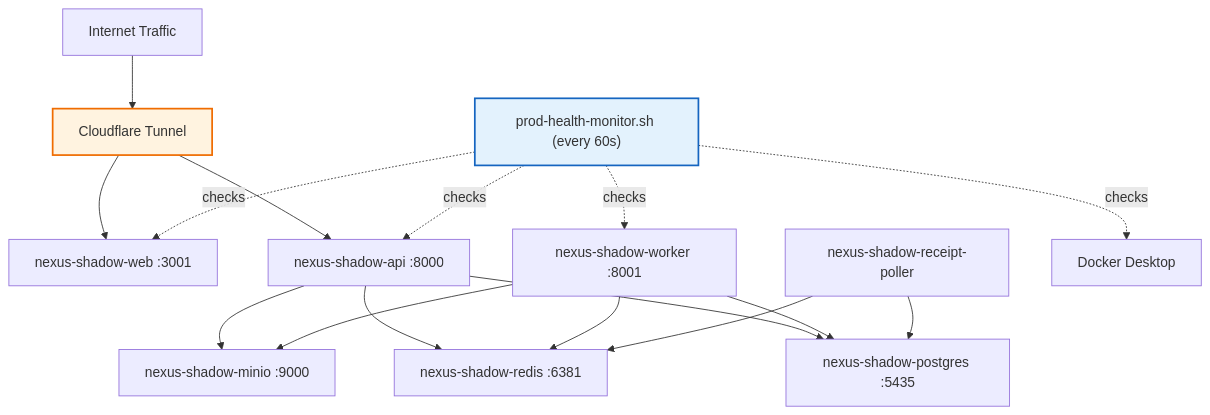
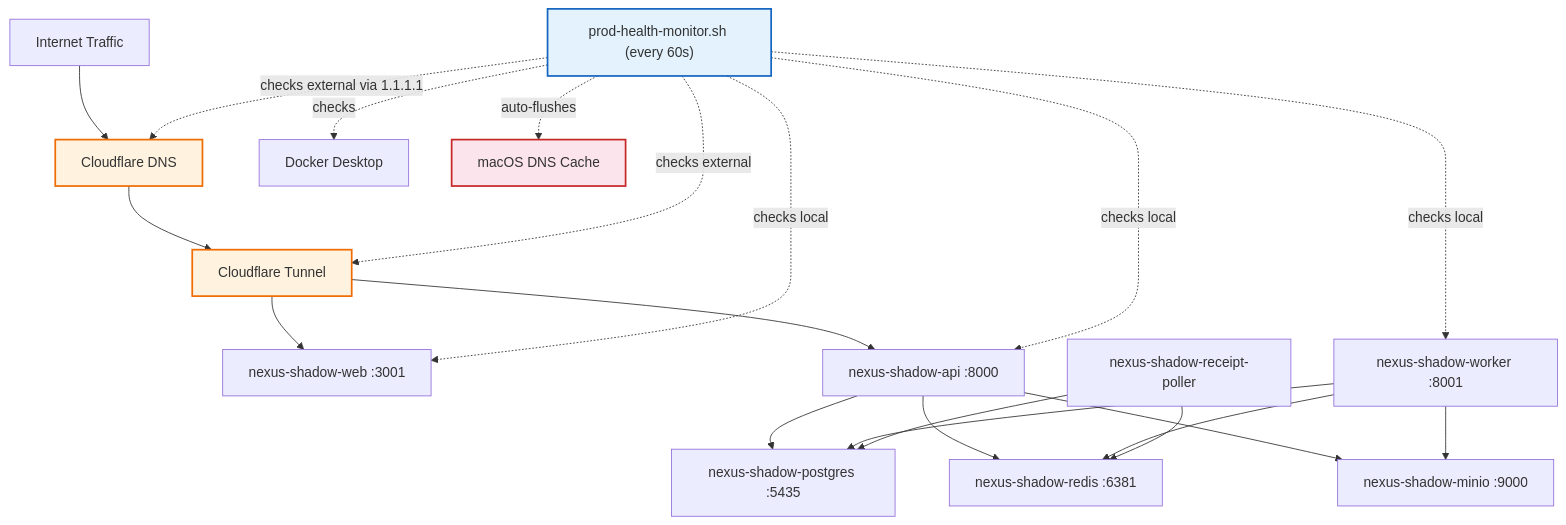
Before and after one commit to paulgagnon1969/nexus-enterprise: the first of 2 diagrams in docs/sops-staging/production-stack-monitoring-sop.md, drawn with Mermaid. The commit also changed other lines of this file and 48 other files, not shown here.

First line of the commit message:
fix(mobile): point API client to shadow stack behind Cloudflare Tunnel

````diff
--- a/docs/sops-staging/production-stack-monitoring-sop.md
+++ b/docs/sops-staging/production-stack-monitoring-sop.md
@@ -29,22 +29,28 @@
 ```mermaid
 flowchart TD
-    Internet["Internet Traffic"] --> CF["Cloudflare Tunnel"]
+    Internet["Internet Traffic"] --> DNS["Cloudflare DNS"]
+    DNS --> CF["Cloudflare Tunnel"]
     CF --> Web["nexus-shadow-web :3001"]
     CF --> API["nexus-shadow-api :8000"]
     API --> PG["nexus-shadow-postgres :5435"]
     API --> Redis["nexus-shadow-redis :6381"]
     API --> MinIO["nexus-shadow-minio :9000"]
     Worker["nexus-shadow-worker :8001"] --> PG
     Worker --> Redis
     Worker --> MinIO
     Poller["nexus-shadow-receipt-poller"] --> PG
     Poller --> Redis
 
     Monitor["prod-health-monitor.sh (every 60s)"] -.->|checks| Docker["Docker Desktop"]
-    Monitor -.->|checks| API
-    Monitor -.->|checks| Worker
-    Monitor -.->|checks| Web
+    Monitor -.->|checks local| API
+    Monitor -.->|checks local| Worker
+    Monitor -.->|checks local| Web
+    Monitor -.->|checks external via 1.1.1.1| DNS
+    Monitor -.->|checks external| CF
+    Monitor -.->|auto-flushes| DNSCache["macOS DNS Cache"]
 
     style Monitor fill:#e3f2fd,stroke:#1565c0,stroke-width:2px
     style CF fill:#fff3e0,stroke:#ef6c00,stroke-width:2px
+    style DNS fill:#fff3e0,stroke:#ef6c00,stroke-width:2px
+    style DNSCache fill:#fce4ec,stroke:#c62828,stroke-width:2px
 ```
````
